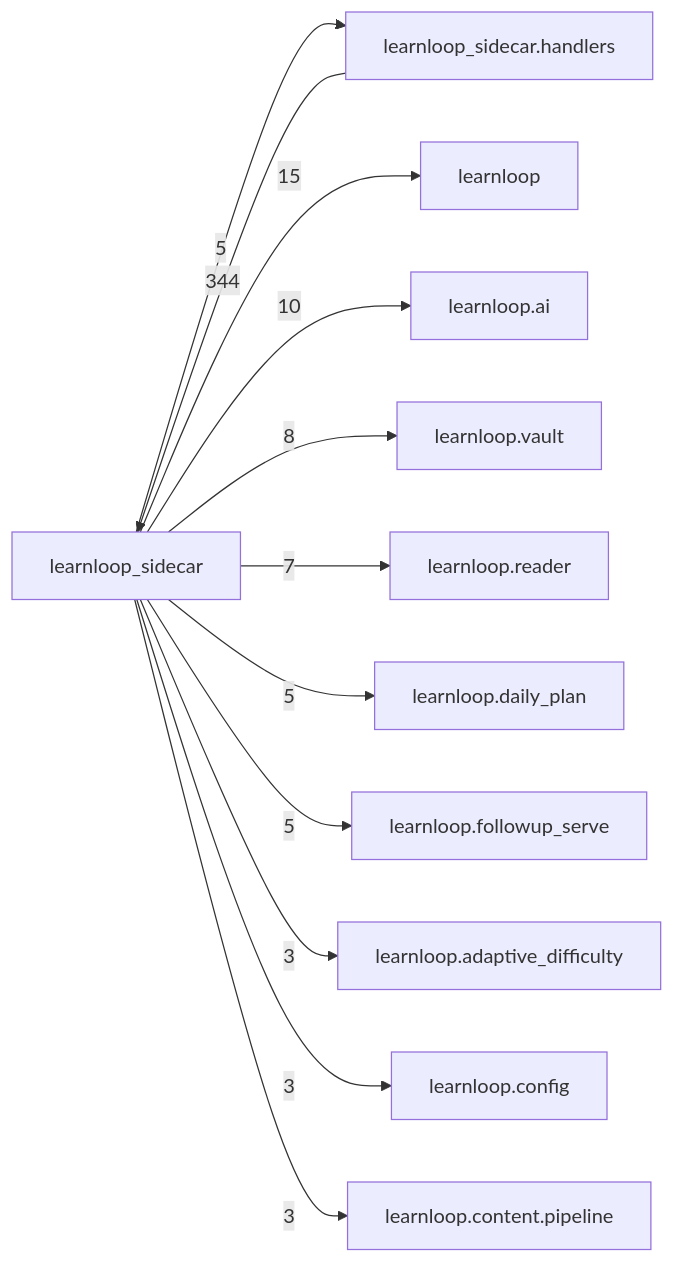
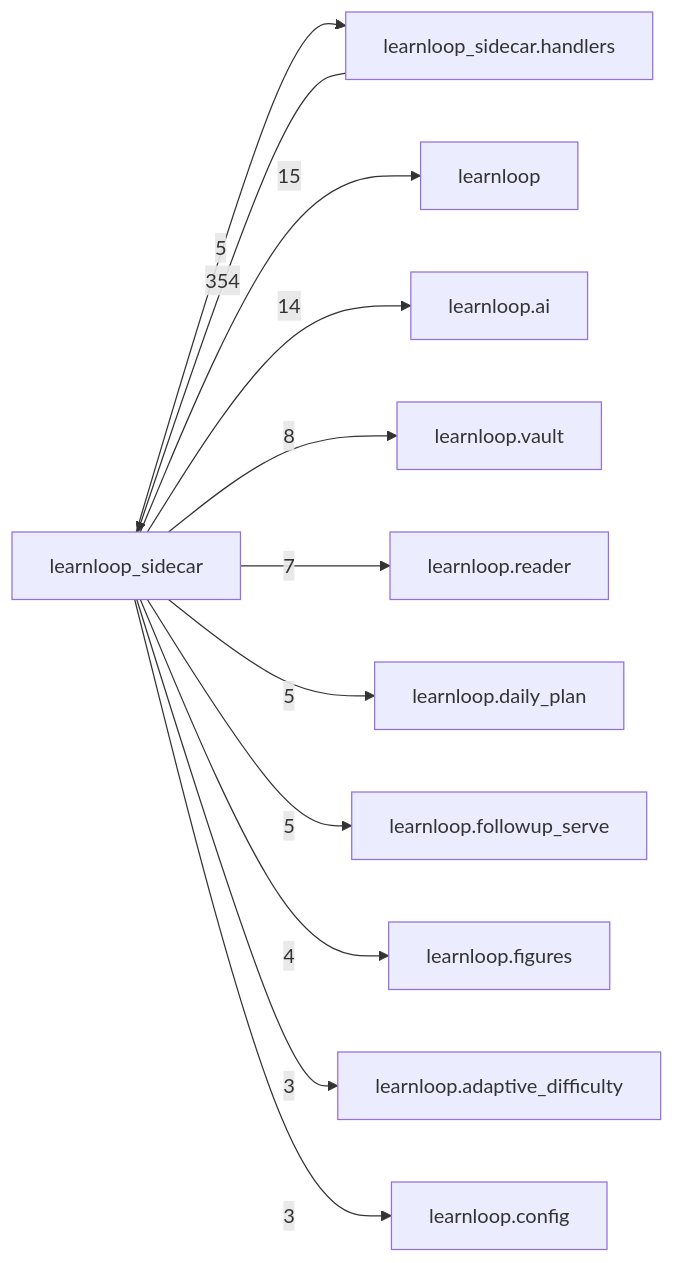
One commit to 6up-b/learnanything changed the diagram in docs/learnloop-architecture-vault/Reference/Modules/learnloop_sidecar/_package.md. Above: the diagram before and after it, drawn with Mermaid. The commit also changed other lines of this file and 67 other files, not shown here.

````diff
--- a/docs/learnloop-architecture-vault/Reference/Modules/learnloop_sidecar/_package.md
+++ b/docs/learnloop-architecture-vault/Reference/Modules/learnloop_sidecar/_package.md
@@ -130,25 +132,25 @@
 ```mermaid
 flowchart LR
     center["learnloop_sidecar"]
     n_learnloop_sidecar_handlers["learnloop_sidecar.handlers"]
     n_learnloop["learnloop"]
     n_learnloop_ai["learnloop.ai"]
     n_learnloop_vault["learnloop.vault"]
     n_learnloop_reader["learnloop.reader"]
     n_learnloop_daily_plan["learnloop.daily_plan"]
     n_learnloop_followup_serve["learnloop.followup_serve"]
+    n_learnloop_figures["learnloop.figures"]
     n_learnloop_adaptive_difficulty["learnloop.adaptive_difficulty"]
     n_learnloop_config["learnloop.config"]
-    n_learnloop_content_pipeline["learnloop.content.pipeline"]
-    n_learnloop_sidecar_handlers -->|344| center
+    n_learnloop_sidecar_handlers -->|354| center
     center -->|5| n_learnloop_sidecar_handlers
     center -->|15| n_learnloop
-    center -->|10| n_learnloop_ai
+    center -->|14| n_learnloop_ai
     center -->|8| n_learnloop_vault
     center -->|7| n_learnloop_reader
     center -->|5| n_learnloop_daily_plan
     center -->|5| n_learnloop_followup_serve
+    center -->|4| n_learnloop_figures
     center -->|3| n_learnloop_adaptive_difficulty
     center -->|3| n_learnloop_config
-    center -->|3| n_learnloop_content_pipeline
 ```
````
